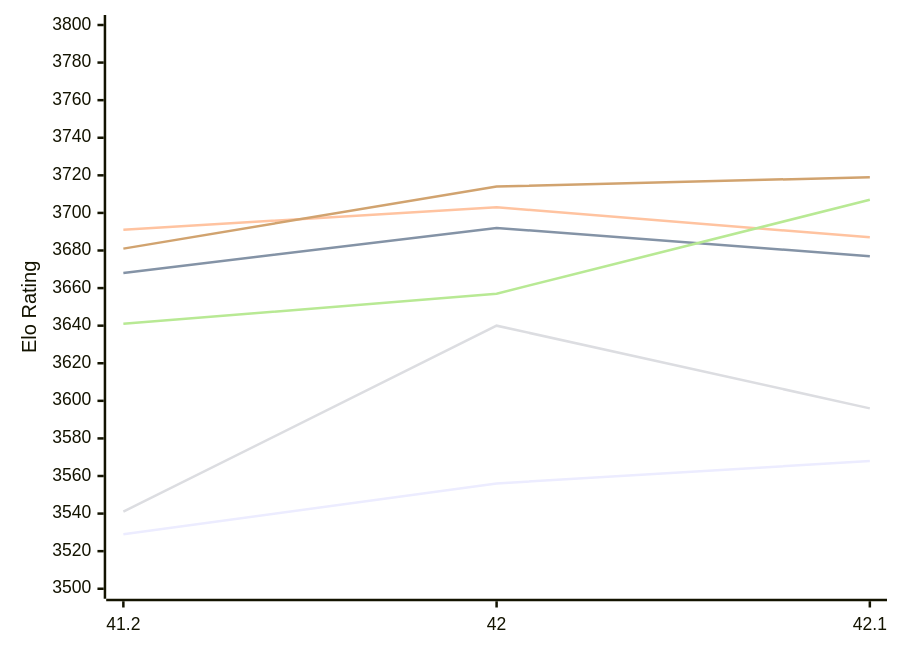
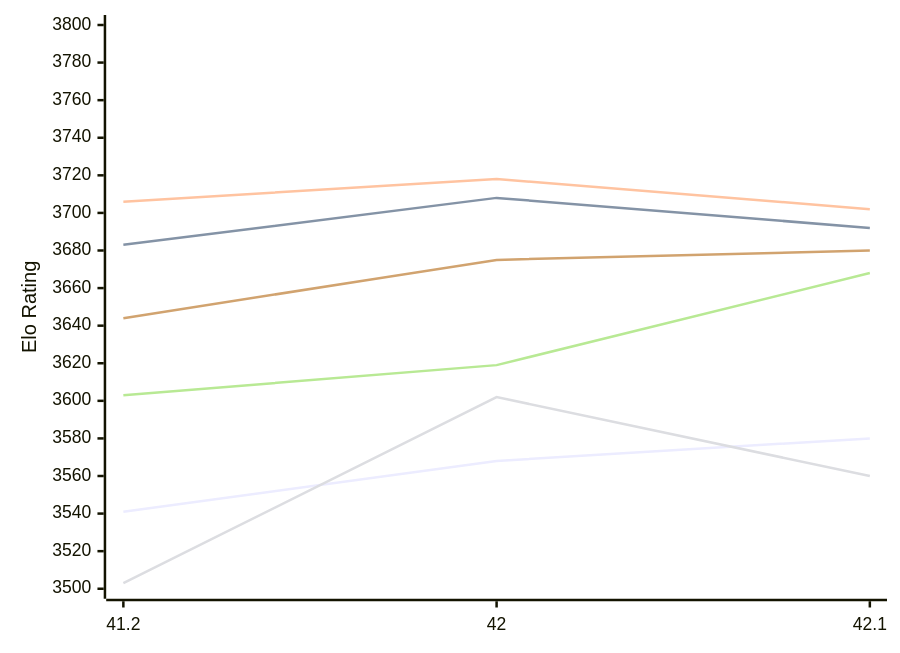
One commit to computer-chess-index/cci changed the first of 2 diagrams in engines/Shashchess.md. Above: the diagram before and after it, drawn with Mermaid. The commit also changed other lines of this file, not shown here.

Commit message:
Update CCI Ratings (ELO VLTC) - 2026-11-14

````diff
--- a/engines/Shashchess.md
+++ b/engines/Shashchess.md
@@ -52,12 +52,12 @@
 ```mermaid
 %%{init: {"theme":"base","themeVariables":{"seriesColors:['#a3a3a3','#222221','#faa371']}}}%%
 xychart-beta
   x-axis ["41.2", "42", "42.1"]
   y-axis "Elo Rating" 3500 --> 3800
-  line "E1: STC (8.0+0.08s)" [3529, 3556, 3568]
-  line "E1: LTC (60.0+0.60s)" [3668, 3692, 3677]
-  line "E1: VLTC (2m24s+1.12s)" [3691, 3703, 3687]
-  line "P1: STC (8.0+0.08s)" [3541, 3640, 3596]
-  line "P1: LTC (60.0+0.60s)" [3641, 3657, 3707]
-  line "P1: VLTC (2m24s+1.12s)" [3681, 3714, 3719]
+  line "E1: STC (8.0+0.08s)" [3541, 3568, 3580]
+  line "E1: LTC (60.0+0.60s)" [3683, 3708, 3692]
+  line "E1: VLTC (2m24s+1.12s)" [3706, 3718, 3702]
+  line "P1: STC (8.0+0.08s)" [3503, 3602, 3560]
+  line "P1: LTC (60.0+0.60s)" [3603, 3619, 3668]
+  line "P1: VLTC (2m24s+1.12s)" [3644, 3675, 3680]
 ```
````
